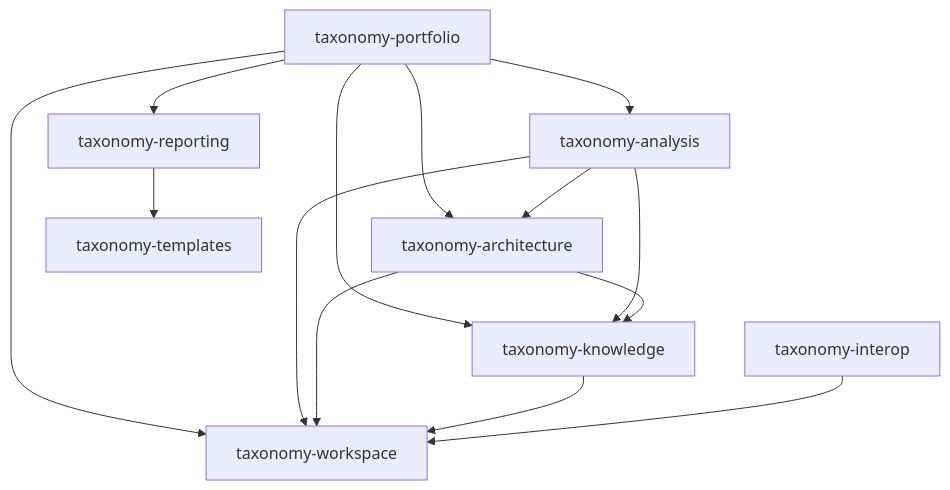
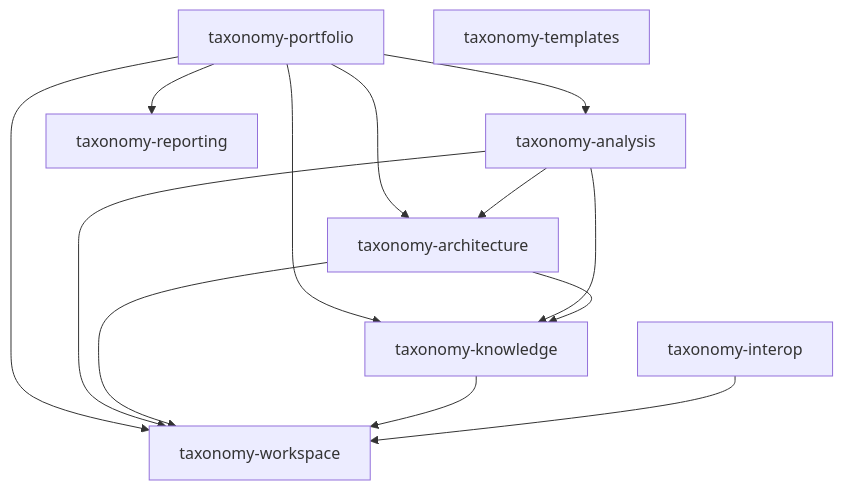
The second of 4 diagrams in docs/de/ARCHITECTURE.md (carstenartur/Taxonomy), drawn with Mermaid before and after one commit. The commit also changed other lines of this file and 345 other files, not shown here.

````diff
--- a/docs/de/ARCHITECTURE.md
+++ b/docs/de/ARCHITECTURE.md
@@ -94,24 +93,23 @@
 ```mermaid
 flowchart TB
     taxonomy-portfolio["taxonomy-portfolio"]
     taxonomy-analysis["taxonomy-analysis"]
     taxonomy-architecture["taxonomy-architecture"]
     taxonomy-reporting["taxonomy-reporting"]
     taxonomy-knowledge["taxonomy-knowledge"]
     taxonomy-interop["taxonomy-interop"]
     taxonomy-workspace["taxonomy-workspace"]
     taxonomy-templates["taxonomy-templates"]
     taxonomy-portfolio --> taxonomy-analysis
     taxonomy-portfolio --> taxonomy-architecture
     taxonomy-portfolio --> taxonomy-knowledge
     taxonomy-portfolio --> taxonomy-workspace
     taxonomy-analysis --> taxonomy-architecture
     taxonomy-analysis --> taxonomy-knowledge
     taxonomy-analysis --> taxonomy-workspace
     taxonomy-architecture --> taxonomy-knowledge
-    taxonomy-reporting --> taxonomy-templates
     taxonomy-portfolio --> taxonomy-reporting
     taxonomy-architecture --> taxonomy-workspace
     taxonomy-knowledge --> taxonomy-workspace
     taxonomy-interop --> taxonomy-workspace
 ```
````
